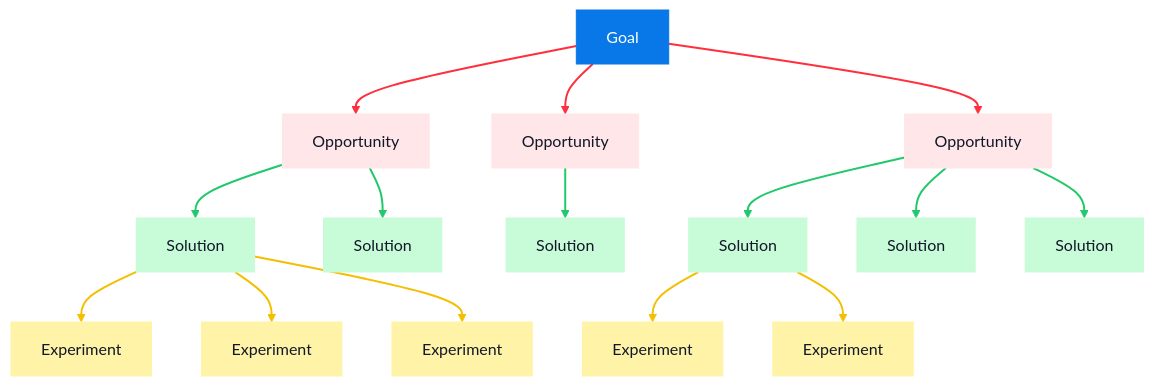
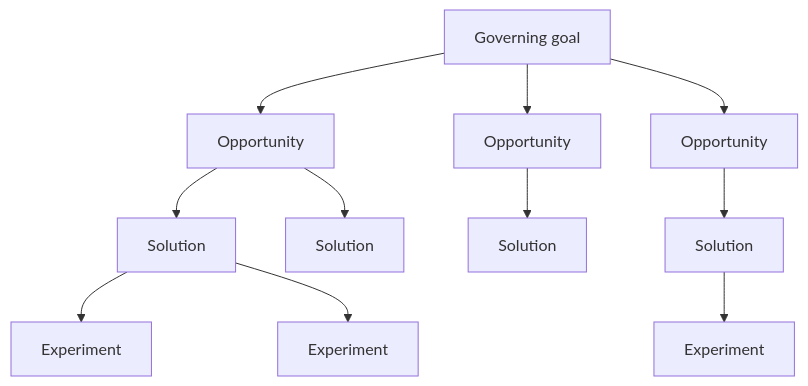
One commit to th-m/th-m changed the second of 4 diagrams in libs/blogs/articles/goals-solutions-and-value/article.md. Above: the diagram before and after it, drawn with Mermaid. The commit also changed other lines of this file and 22 other files, not shown here.

````diff
--- a/libs/blogs/articles/goals-solutions-and-value/article.md
+++ b/libs/blogs/articles/goals-solutions-and-value/article.md
@@ -364,52 +306,13 @@
 ```mermaid
 flowchart TD
-    DO["Goal"]
-
-    O1["Opportunity"]
-    O2["Opportunity"]
-    O3["Opportunity"]
-
-    S1["Solution"]
-    S2["Solution"]
-    S3["Solution"]
-    S4["Solution"]
-    S5["Solution"]
-    S6["Solution"]
-
-    E1["Experiment"]
-    E2["Experiment"]
-    E3["Experiment"]
-    E4["Experiment"]
-    E5["Experiment"]
-
-    DO --> O1
-    DO --> O2
-    DO --> O3
-
-    O1 --> S1
-    O1 --> S2
-    O2 --> S3
-    O3 --> S4
-    O3 --> S5
-    O3 --> S6
-
-    S1 --> E1
-    S1 --> E2
-    S1 --> E3
-    S4 --> E4
-    S4 --> E5
-
-    classDef desired fill:#0877e7,stroke:#0877e7,color:#ffffff
-    classDef opportunity fill:#ffe6e8,stroke:#ffe6e8,color:#111827
-    classDef solution fill:#c8fbd8,stroke:#c8fbd8,color:#111827
-    classDef experiment fill:#fff3a8,stroke:#fff3a8,color:#111827
-
-    class DO desired
-    class O1,O2,O3 opportunity
-    class S1,S2,S3,S4,S5,S6 solution
-    class E1,E2,E3,E4,E5 experiment
-
-    linkStyle 0,1,2 stroke:#ff2f3d,stroke-width:2px
-    linkStyle 3,4,5,6,7,8 stroke:#22c86b,stroke-width:2px
-    linkStyle 9,10,11,12,13 stroke:#f4bf00,stroke-width:2px
+    G["Governing goal"] --> O1["Opportunity"]
+    G --> O2["Opportunity"]
+    G --> O3["Opportunity"]
+    O1 --> S1["Solution"]
+    O1 --> S2["Solution"]
+    O2 --> S3["Solution"]
+    O3 --> S4["Solution"]
+    S1 --> E1["Experiment"]
+    S1 --> E2["Experiment"]
+    S4 --> E3["Experiment"]
 ```
````
